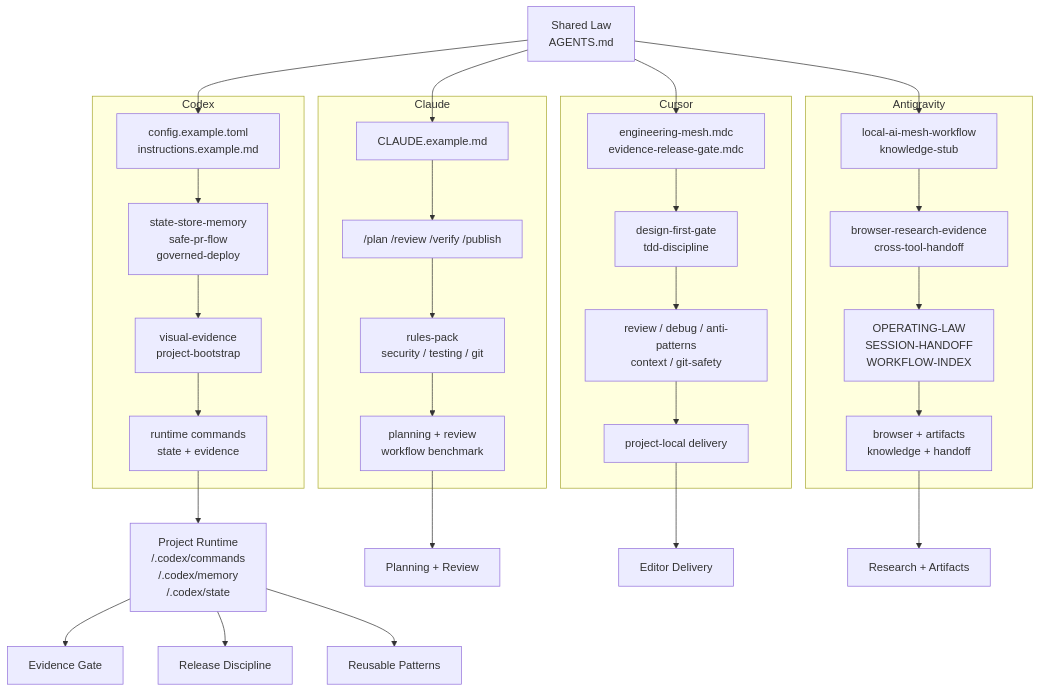
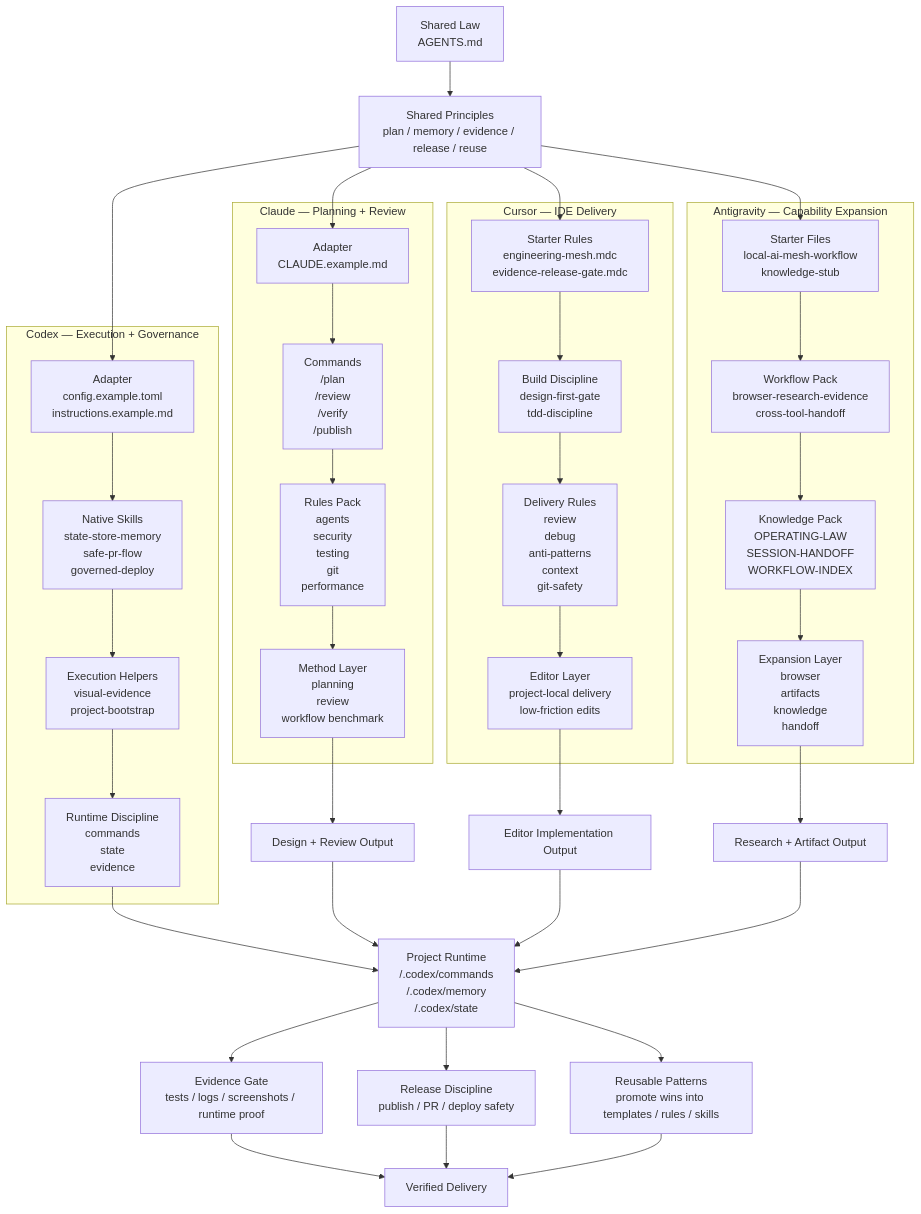
Before and after one commit to bidaiAI/local-ai-engineering-mesh: the diagram in README.md, drawn with Mermaid. The commit also changed 2 other files, not shown here.

Commit message:
docs: deepen overall architecture diagram

````diff
--- a/README.md
+++ b/README.md
@@ -130,70 +130,115 @@
 ```mermaid
-flowchart TD
+flowchart TB
     A["Shared Law
 AGENTS.md"]
+    A2["Shared Principles
+plan / memory / evidence / release / reuse"]
 
-    subgraph COD["Codex"]
-      B1["config.example.toml
+    A --> A2
+
+    subgraph COD["Codex — Execution + Governance"]
+      B1["Adapter
+config.example.toml
 instructions.example.md"]
-      B2["state-store-memory
+      B2["Native Skills
+state-store-memory
 safe-pr-flow
 governed-deploy"]
-      B3["visual-evidence
+      B3["Execution Helpers
+visual-evidence
 project-bootstrap"]
-      B4["runtime commands
-state + evidence"]
+      B4["Runtime Discipline
+commands
+state
+evidence"]
     end
 
-    subgraph CLA["Claude"]
-      C1["CLAUDE.example.md"]
-      C2["/plan /review /verify /publish"]
-      C3["rules-pack
-security / testing / git"]
-      C4["planning + review
+    subgraph CLA["Claude — Planning + Review"]
+      C1["Adapter
+CLAUDE.example.md"]
+      C2["Commands
+/plan
+/review
+/verify
+/publish"]
+      C3["Rules Pack
+agents
+security
+testing
+git
+performance"]
+      C4["Method Layer
+planning
+review
 workflow benchmark"]
     end
 
-    subgraph CUR["Cursor"]
-      D1["engineering-mesh.mdc
+    subgraph CUR["Cursor — IDE Delivery"]
+      D1["Starter Rules
+engineering-mesh.mdc
 evidence-release-gate.mdc"]
-      D2["design-first-gate
+      D2["Build Discipline
+design-first-gate
 tdd-discipline"]
-      D3["review / debug / anti-patterns
-context / git-safety"]
-      D4["project-local delivery"]
+      D3["Delivery Rules
+review
+debug
+anti-patterns
+context
+git-safety"]
+      D4["Editor Layer
+project-local delivery
+low-friction edits"]
     end
 
-    subgraph ANT["Antigravity"]
-      E1["local-ai-mesh-workflow
+    subgraph ANT["Antigravity — Capability Expansion"]
+      E1["Starter Files
+local-ai-mesh-workflow
 knowledge-stub"]
-      E2["browser-research-evidence
+      E2["Workflow Pack
+browser-research-evidence
 cross-tool-handoff"]
-      E3["OPERATING-LAW
+      E3["Knowledge Pack
+OPERATING-LAW
 SESSION-HANDOFF
 WORKFLOW-INDEX"]
-      E4["browser + artifacts
-knowledge + handoff"]
+      E4["Expansion Layer
+browser
+artifacts
+knowledge
+handoff"]
     end
 
-    A --> B1
-    A --> C1
-    A --> D1
-    A --> E1
+    A2 --> B1
+    A2 --> C1
+    A2 --> D1
+    A2 --> E1
 
     B1 --> B2 --> B3 --> B4
     C1 --> C2 --> C3 --> C4
     D1 --> D2 --> D3 --> D4
     E1 --> E2 --> E3 --> E4
 
+    C4 --> X1["Design + Review Output"]
+    D4 --> X2["Editor Implementation Output"]
+    E4 --> X3["Research + Artifact Output"]
+
     B4 --> F["Project Runtime
 <project>/.codex/commands
 <project>/.codex/memory
 <project>/.codex/state"]
-    C4 --> G["Planning + Review"]
-    D4 --> H["Editor Delivery"]
-    E4 --> I["Research + Artifacts"]
+    X1 --> F
+    X2 --> F
+    X3 --> F
 
-    F --> J["Evidence Gate"]
-    F --> K["Release Discipline"]
-    F --> L["Reusable Patterns"]
+    F --> J["Evidence Gate
+tests / logs / screenshots / runtime proof"]
+    F --> K["Release Discipline
+publish / PR / deploy safety"]
+    F --> L["Reusable Patterns
+promote wins into templates / rules / skills"]
+
+    J --> M["Verified Delivery"]
+    K --> M
+    L --> M
 ```
````
